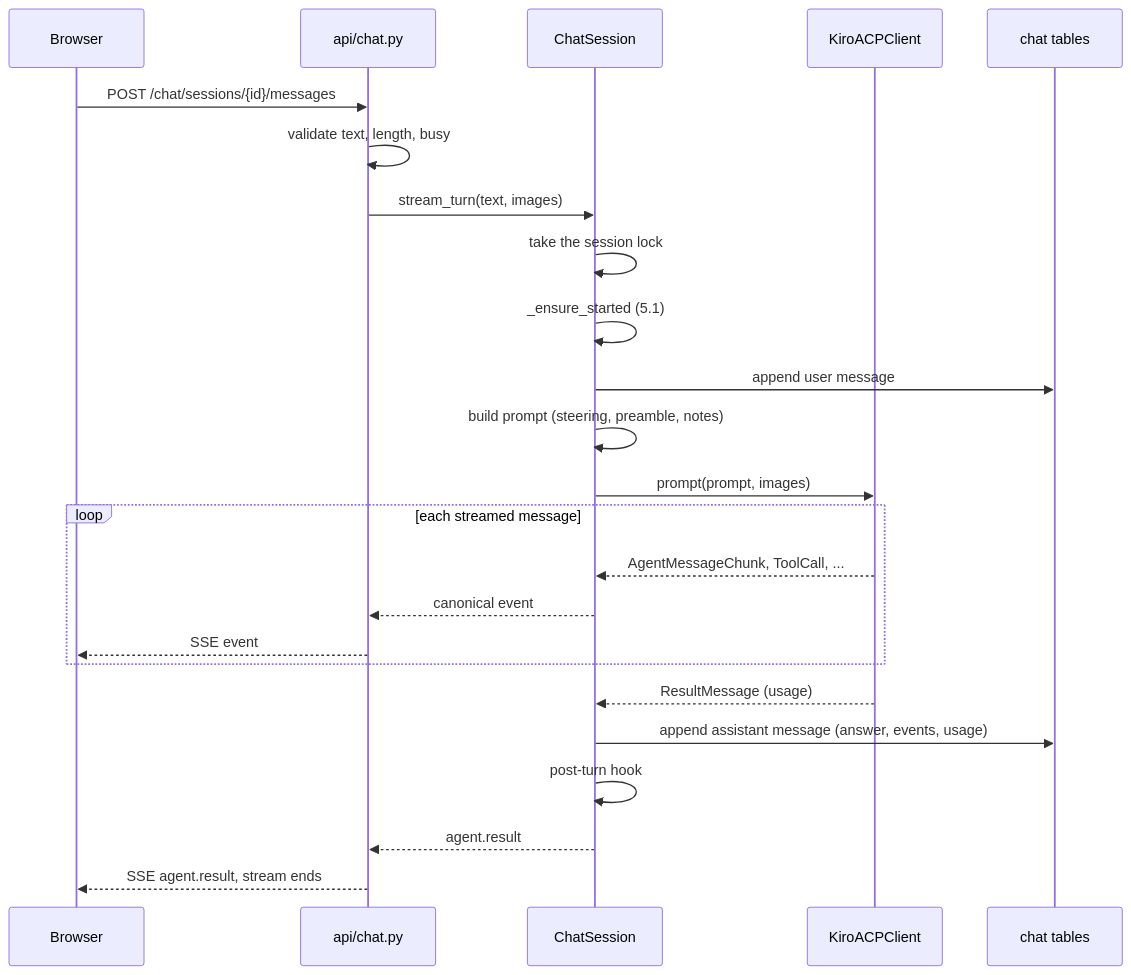
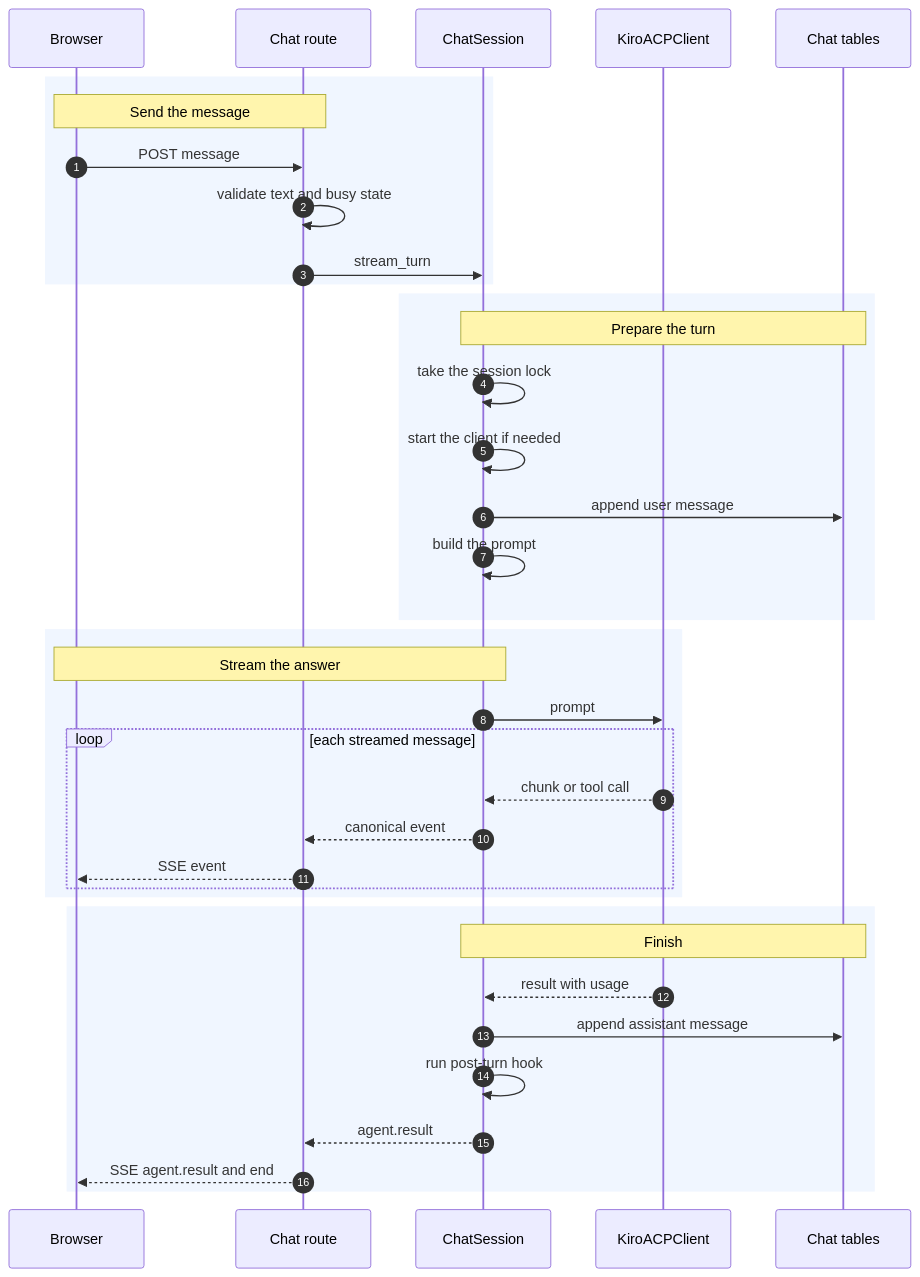
One commit to ram-020998/project-tracker changed the fourth of 5 diagrams in genesis/architecture/modules/chat-and-skills.md. Above: the diagram before and after it, drawn with Mermaid. The commit also changed other lines of this file and 24 other files, not shown here.

First line of the commit message:
architecture: rewrite all 86 Mermaid diagrams to one C4 style, each render-checked

````diff
--- a/genesis/architecture/modules/chat-and-skills.md
+++ b/genesis/architecture/modules/chat-and-skills.md
@@ -177,26 +223,39 @@
 ```mermaid
 sequenceDiagram
+    autonumber
     participant B as Browser
-    participant R as api/chat.py
+    participant R as Chat route
     participant S as ChatSession
     participant C as KiroACPClient
-    participant DB as chat tables
-    B->>R: POST /chat/sessions/{id}/messages
-    R->>R: validate text, length, busy
-    R->>S: stream_turn(text, images)
+    participant DB as Chat tables
+    rect rgb(240, 246, 255)
+    Note over B,R: Send the message
+    B->>R: POST message
+    R->>R: validate text and busy state
+    R->>S: stream_turn
+    end
+    rect rgb(240, 246, 255)
+    Note over S,DB: Prepare the turn
     S->>S: take the session lock
-    S->>S: _ensure_started (5.1)
+    S->>S: start the client if needed
     S->>DB: append user message
-    S->>S: build prompt (steering, preamble, notes)
-    S->>C: prompt(prompt, images)
+    S->>S: build the prompt
+    end
+    rect rgb(240, 246, 255)
+    Note over S,B: Stream the answer
+    S->>C: prompt
     loop each streamed message
-        C-->>S: AgentMessageChunk, ToolCall, ...
+        C-->>S: chunk or tool call
         S-->>R: canonical event
         R-->>B: SSE event
     end
-    C-->>S: ResultMessage (usage)
-    S->>DB: append assistant message (answer, events, usage)
-    S->>S: post-turn hook
+    end
+    rect rgb(240, 246, 255)
+    Note over S,DB: Finish
+    C-->>S: result with usage
+    S->>DB: append assistant message
+    S->>S: run post-turn hook
     S-->>R: agent.result
-    R-->>B: SSE agent.result, stream ends
+    R-->>B: SSE agent.result and end
+    end
 ```
````
